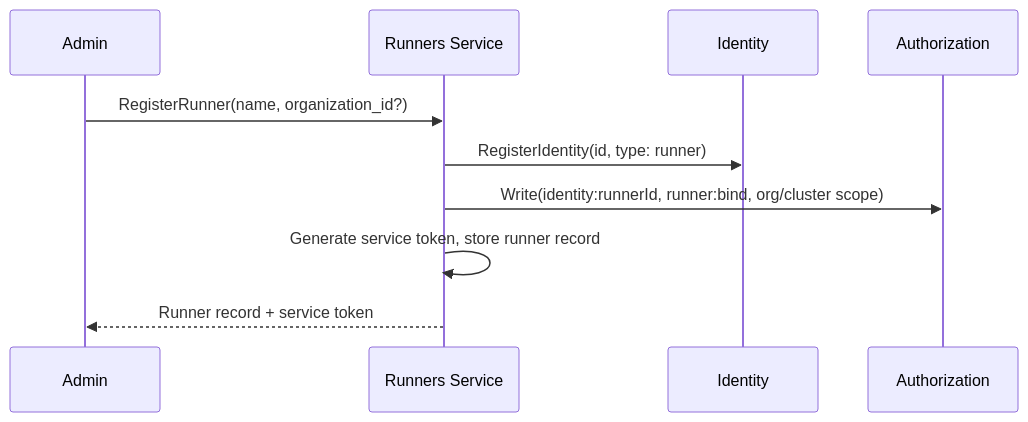
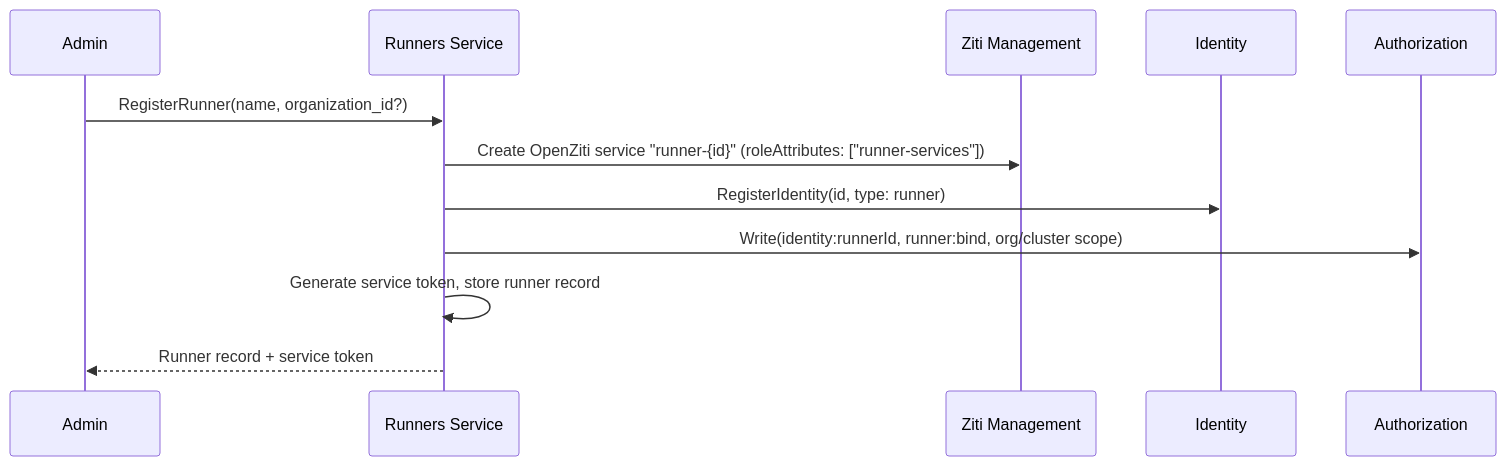
The diagram in architecture/runners.md (agynio/architecture), drawn with Mermaid before and after one commit. The commit also changed other lines of this file and 19 other files, not shown here.

First line of the commit message:
Remove channels, unify runner provisioning, add per-runner OpenZiti addressing

````diff
--- a/architecture/runners.md
+++ b/architecture/runners.md
@@ -76,13 +77,15 @@
 ```mermaid
 sequenceDiagram
     participant Admin as Admin
     participant RS as Runners Service
+    participant ZM as Ziti Management
     participant I as Identity
     participant Auth as Authorization
 
     Admin->>RS: RegisterRunner(name, organization_id?)
+    RS->>ZM: Create OpenZiti service "runner-{id}" (roleAttributes: ["runner-services"])
     RS->>I: RegisterIdentity(id, type: runner)
     RS->>Auth: Write(identity:runnerId, runner:bind, org/cluster scope)
     RS->>RS: Generate service token, store runner record
     RS-->>Admin: Runner record + service token
 ```
````
